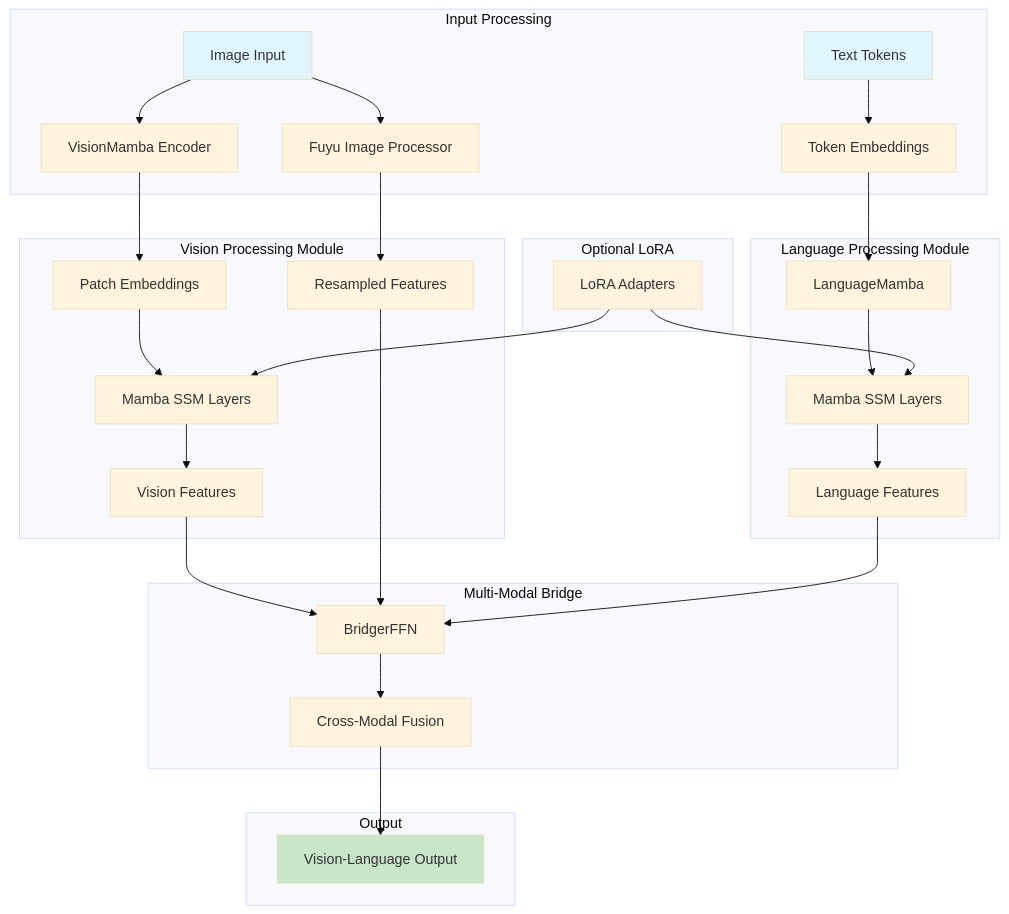
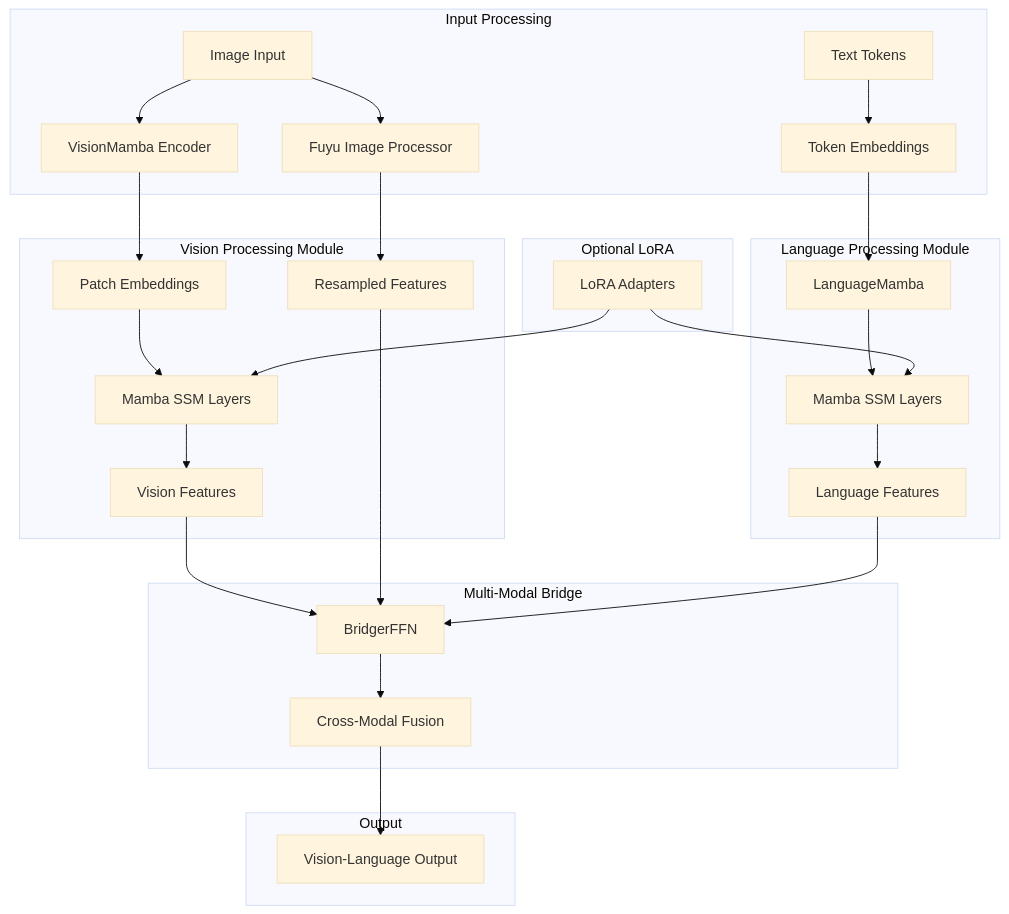
One commit to mrvaibhavsoni/VLM-Mamba changed the diagram in README.md. Above: the diagram before and after it, drawn with Mermaid (base theme).

````diff
--- a/README.md
+++ b/README.md
@@ -16,42 +16,38 @@
 ```mermaid
 graph TB
     subgraph "Input Processing"
         A[Image Input] --> B[VisionMamba Encoder]
         A --> C[Fuyu Image Processor]
         D[Text Tokens] --> E[Token Embeddings]
     end
     
     subgraph "Vision Processing Module"
         B --> F[Patch Embeddings]
         F --> G[Mamba SSM Layers]
         G --> H[Vision Features]
         C --> I[Resampled Features]
     end
     
     subgraph "Language Processing Module"
         E --> J[LanguageMamba]
         J --> K[Mamba SSM Layers]
         K --> L[Language Features]
     end
     
     subgraph "Multi-Modal Bridge"
         H --> M[BridgerFFN]
         I --> M
         L --> M
         M --> N[Cross-Modal Fusion]
     end
     
     subgraph "Output"
         N --> O[Vision-Language Output]
     end
     
     subgraph "Optional LoRA"
         P[LoRA Adapters] --> G
         P --> K
     end
     
-    style A fill:#e1f5fe
-    style D fill:#e1f5fe
-    style O fill:#c8e6c9
-    style P fill:#fff3e0
 ```
````
